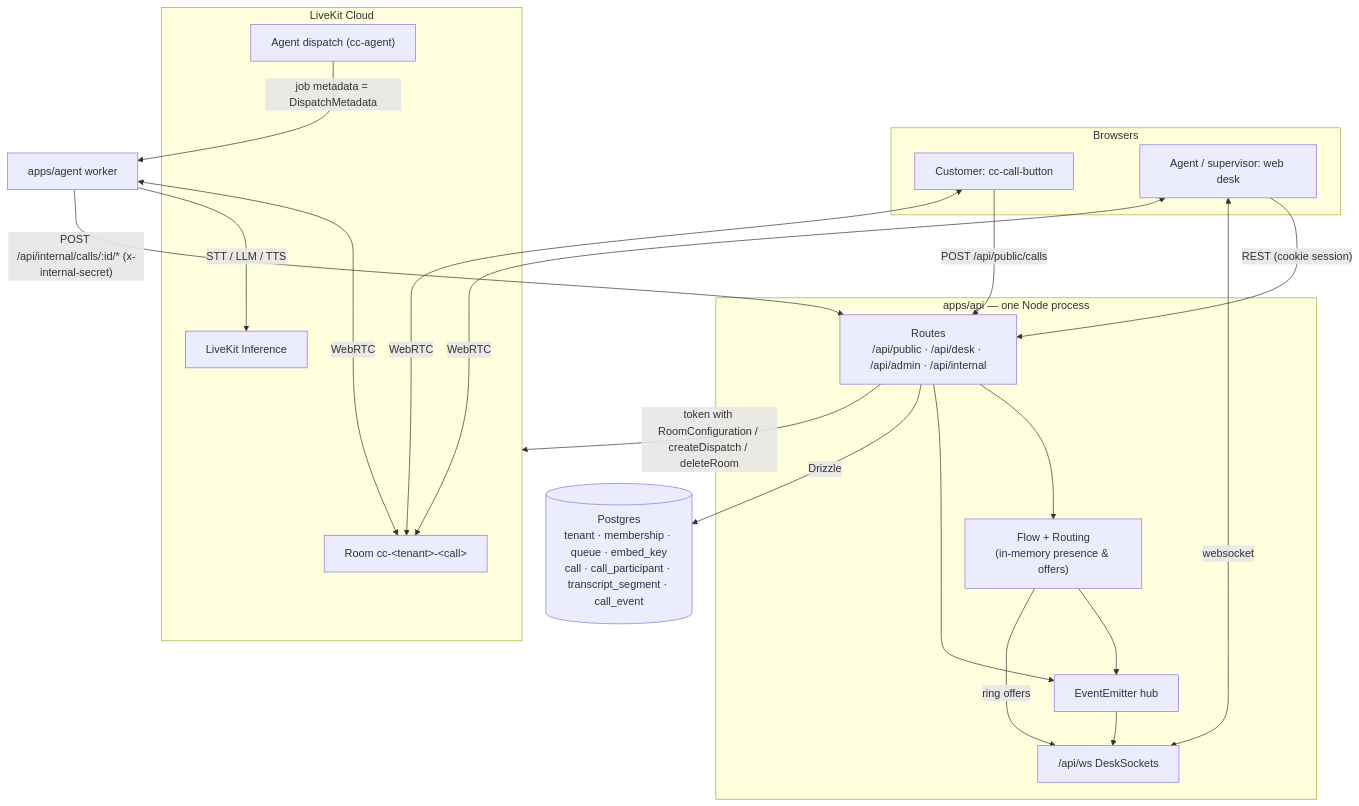
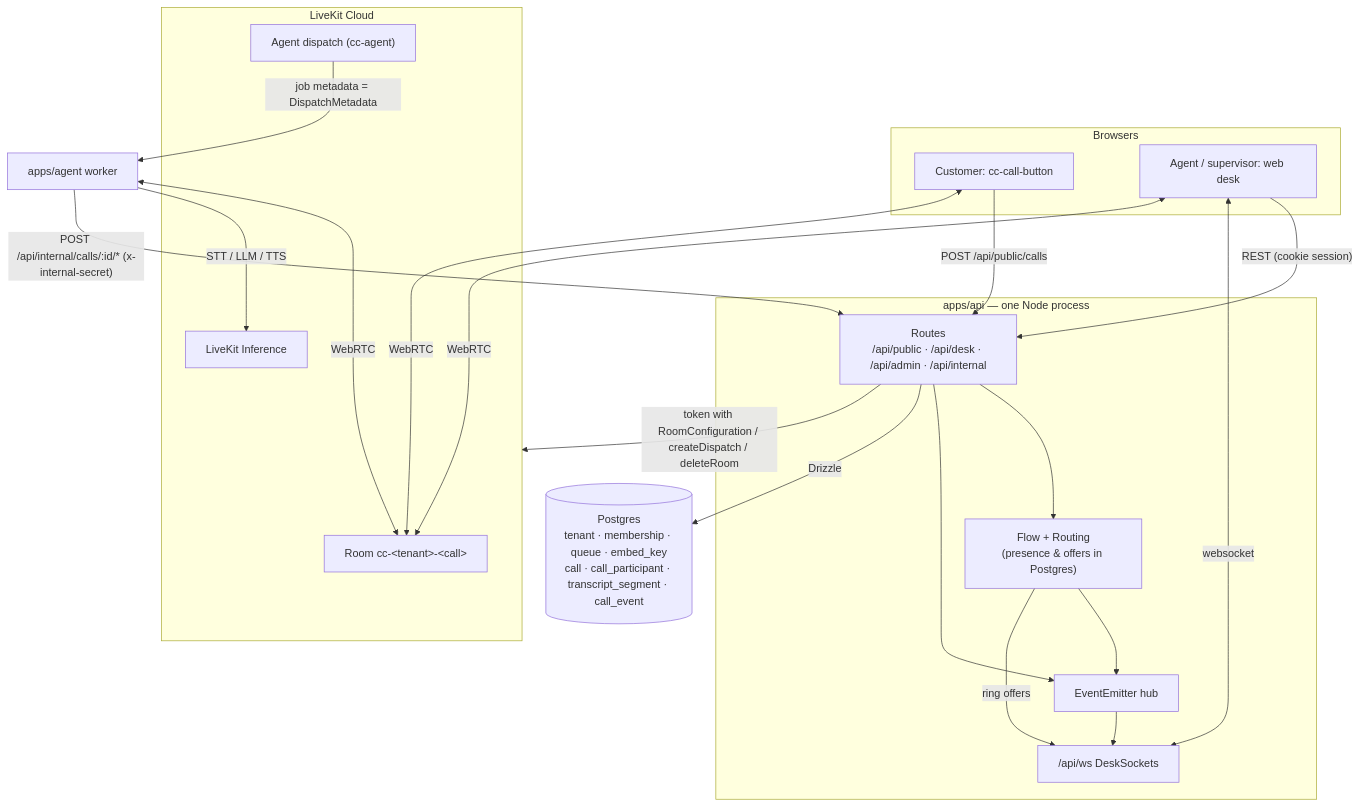
Before and after one commit to ggcaponetto/patchbay-contact-center: the first of 3 diagrams in docs/guide/architecture.md, drawn with Mermaid. The commit also changed other lines of this file and 23 other files, not shown here.

First line of the commit message:
Postgres-backed routing engine with a cross-instance bus

````diff
--- a/docs/guide/architecture.md
+++ b/docs/guide/architecture.md
@@ -19,37 +19,37 @@
 ```mermaid
 flowchart TB
   subgraph browsers[Browsers]
     btn["Customer: cc-call-button"]
     web["Agent / supervisor: web desk"]
   end
   subgraph apiBox[apps/api — one Node process]
     routes["Routes<br/>/api/public · /api/desk · /api/admin · /api/internal"]
-    flow["Flow + Routing<br/>(in-memory presence & offers)"]
+    flow["Flow + Routing<br/>(presence & offers in Postgres)"]
     hub["EventEmitter hub"]
     ws["/api/ws DeskSockets"]
     routes --> flow
     routes --> hub
     flow --> hub
     hub --> ws
     flow -- "ring offers" --> ws
   end
   pg[(Postgres<br/>tenant · membership · queue · embed_key<br/>call · call_participant · transcript_segment · call_event)]
   subgraph cloud[LiveKit Cloud]
     room["Room cc-&lt;tenant&gt;-&lt;call&gt;"]
     dispatch["Agent dispatch (cc-agent)"]
     inf["LiveKit Inference"]
   end
   worker["apps/agent worker"]
 
   btn -- "POST /api/public/calls" --> routes
   btn <-- "WebRTC" --> room
   web -- "REST (cookie session)" --> routes
   web <-- "websocket" --> ws
   web <-- "WebRTC" --> room
   routes -- "Drizzle" --> pg
   routes -- "token with RoomConfiguration / createDispatch / deleteRoom" --> cloud
   dispatch -- "job metadata = DispatchMetadata" --> worker
   worker <-- "WebRTC" --> room
   worker -- "STT / LLM / TTS" --> inf
   worker -- "POST /api/internal/calls/:id/* (x-internal-secret)" --> routes
 ```
````
